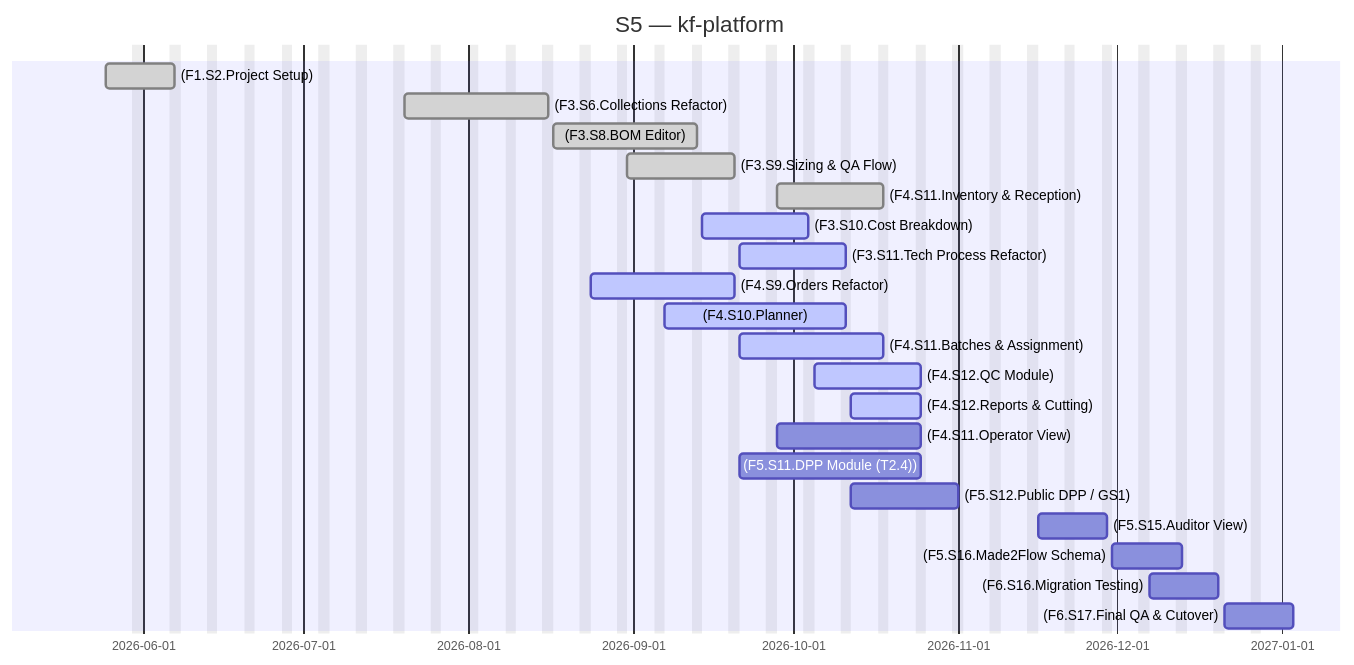
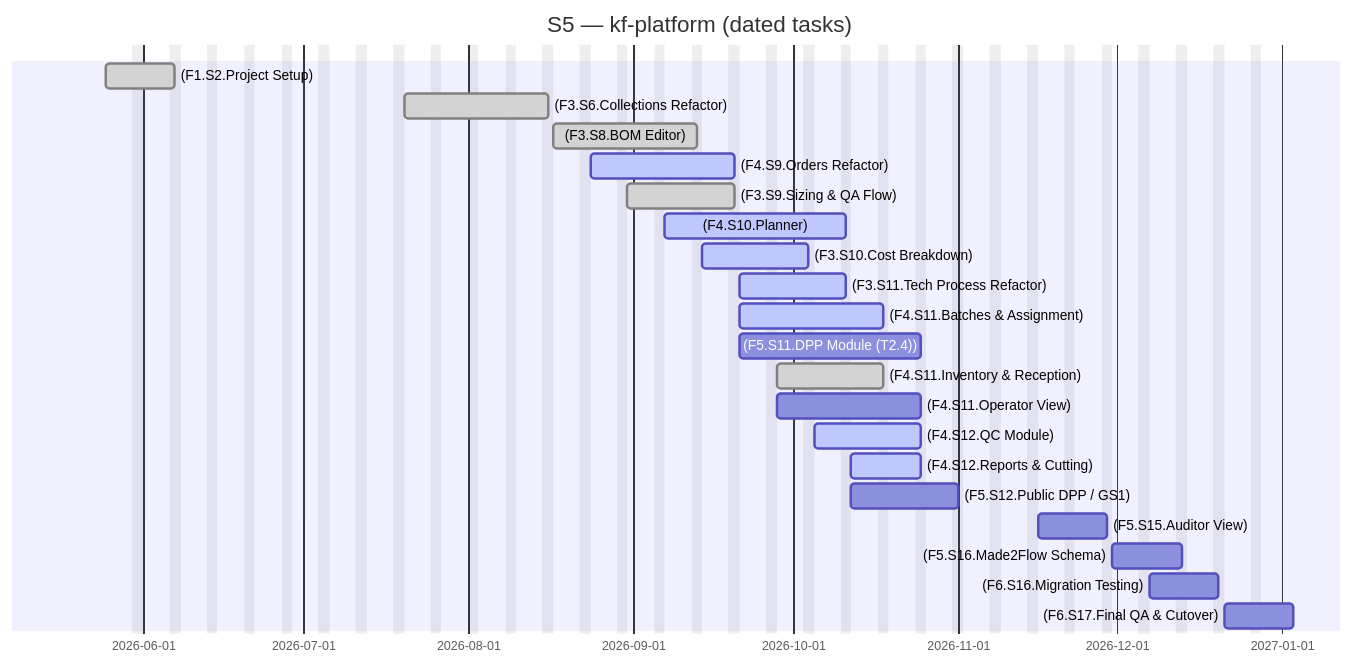
The second of 2 diagrams in docs/_projects/kf-platform.md (Katty-Fashion/kf-cpto), drawn with Mermaid before and after one commit. The commit also changed other lines of this file and 12 other files, not shown here.

````diff
--- a/docs/_projects/kf-platform.md
+++ b/docs/_projects/kf-platform.md
@@ -106,26 +106,26 @@
 ```mermaid
 gantt
-    title S5 — kf-platform
+    title S5 — kf-platform (dated tasks)
     dateFormat YYYY-MM-DD
     excludes weekends
 
     (F1.S2.Project Setup) :done, 2026-05-25, 2026-06-07
     (F3.S6.Collections Refactor) :done, 2026-07-20, 2026-08-16
     (F3.S8.BOM Editor) :done, 2026-08-17, 2026-09-13
+    (F4.S9.Orders Refactor) :active, 2026-08-24, 2026-09-20
     (F3.S9.Sizing & QA Flow) :done, 2026-08-31, 2026-09-20
-    (F4.S11.Inventory & Reception) :done, 2026-09-28, 2026-10-18
+    (F4.S10.Planner) :active, 2026-09-07, 2026-10-11
     (F3.S10.Cost Breakdown) :active, 2026-09-14, 2026-10-04
     (F3.S11.Tech Process Refactor) :active, 2026-09-21, 2026-10-11
-    (F4.S9.Orders Refactor) :active, 2026-08-24, 2026-09-20
-    (F4.S10.Planner) :active, 2026-09-07, 2026-10-11
     (F4.S11.Batches & Assignment) :active, 2026-09-21, 2026-10-18
+    (F5.S11.DPP Module (T2.4)) :2026-09-21, 2026-10-25
+    (F4.S11.Inventory & Reception) :done, 2026-09-28, 2026-10-18
+    (F4.S11.Operator View) :2026-09-28, 2026-10-25
     (F4.S12.QC Module) :active, 2026-10-05, 2026-10-25
     (F4.S12.Reports & Cutting) :active, 2026-10-12, 2026-10-25
-    (F4.S11.Operator View) :2026-09-28, 2026-10-25
-    (F5.S11.DPP Module (T2.4)) :2026-09-21, 2026-10-25
     (F5.S12.Public DPP / GS1) :2026-10-12, 2026-11-01
     (F5.S15.Auditor View) :2026-11-16, 2026-11-29
     (F5.S16.Made2Flow Schema) :2026-11-30, 2026-12-13
     (F6.S16.Migration Testing) :2026-12-07, 2026-12-20
     (F6.S17.Final QA & Cutover) :2026-12-21, 2027-01-03
 ```
````
